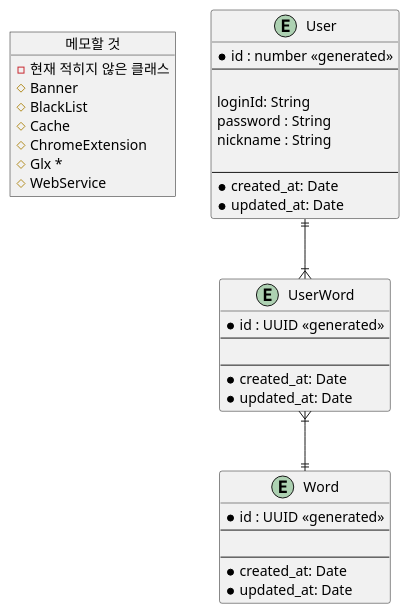
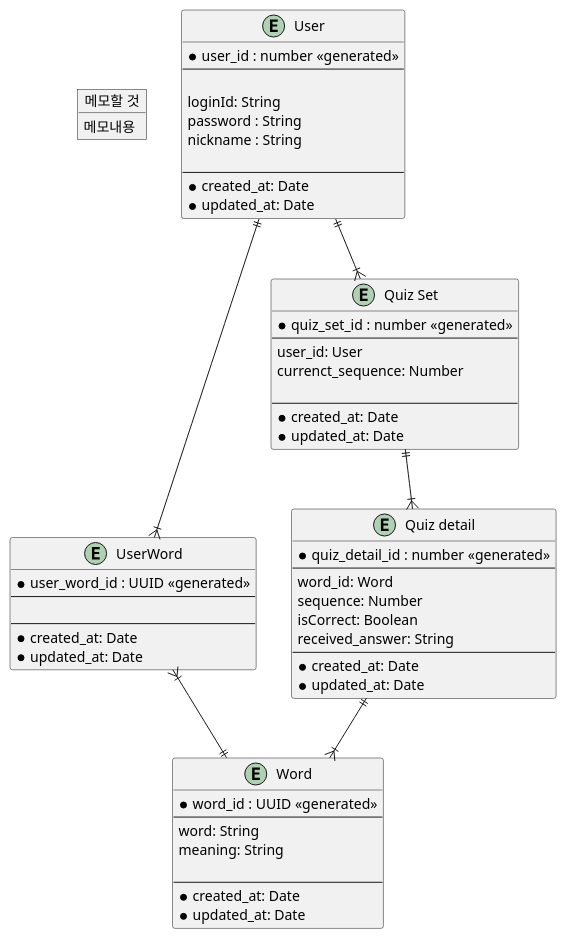
The diagram in information/db-schema/schema.pu (shurona/word-memorize), drawn with PlantUML before and after one commit. The commit also changed 21 other files, not shown here.

```diff
--- a/information/db-schema/schema.pu
+++ b/information/db-schema/schema.pu
@@ -1,48 +1,71 @@
 @startuml db schema
 
 object "메모할 것" as memoTemp {
-    - 현재 적히지 않은 클래스
-    # Banner
-    # BlackList
-    # Cache
-    # ChromeExtension
-    # Glx *
-    # WebService
-
+    메모내용
 }
 
 entity "User" as user {
-    * id : number <<generated>>
+    * user_id : number <<generated>>
     --
 
     loginId: String
     password : String
     nickname : String
 
     --
     * created_at: Date
     * updated_at: Date
 }
 
 entity "UserWord" as userword {
-  * id : UUID <<generated>>
+  * user_word_id : UUID <<generated>>
   --
 
   --
   * created_at: Date
   * updated_at: Date
 }
 
 entity "Word" as word {
-  * id : UUID <<generated>>
+  * word_id : UUID <<generated>>
   --
+    word: String
+    meaning: String
 
   --
   * created_at: Date
   * updated_at: Date
 }
 
+entity "Quiz Set" as quizset {
+    * quiz_set_id : number <<generated>>
+    --
+    user_id: User
+    currenct_sequence: Number
+
+    --
+    * created_at: Date
+    * updated_at: Date
+}
+
+entity "Quiz detail" as quizdetail {
+    * quiz_detail_id : number <<generated>>
+    --
+    word_id: Word
+    sequence: Number
+    isCorrect: Boolean
+    received_answer: String
+    --
+    * created_at: Date
+    * updated_at: Date
+}
+
 user ||--|{ userword
 userword }|--||word
 
+user ||--|{ quizset
+quizset ||--|{ quizdetail
+
+quizdetail ||--|{ word
+
 @enduml
```
